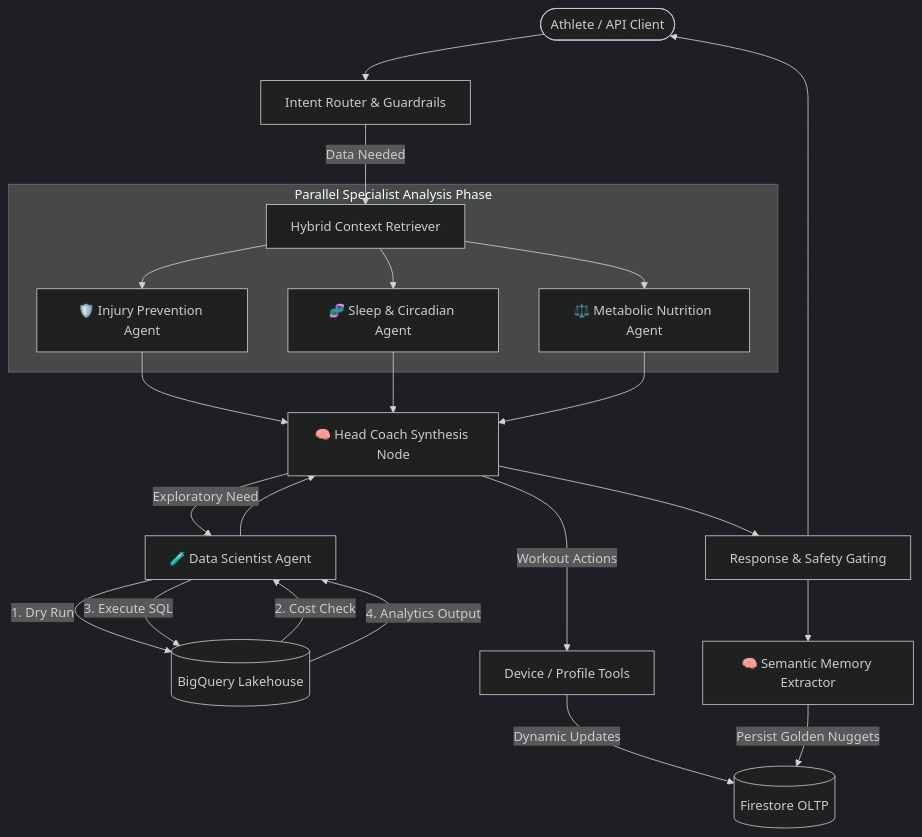
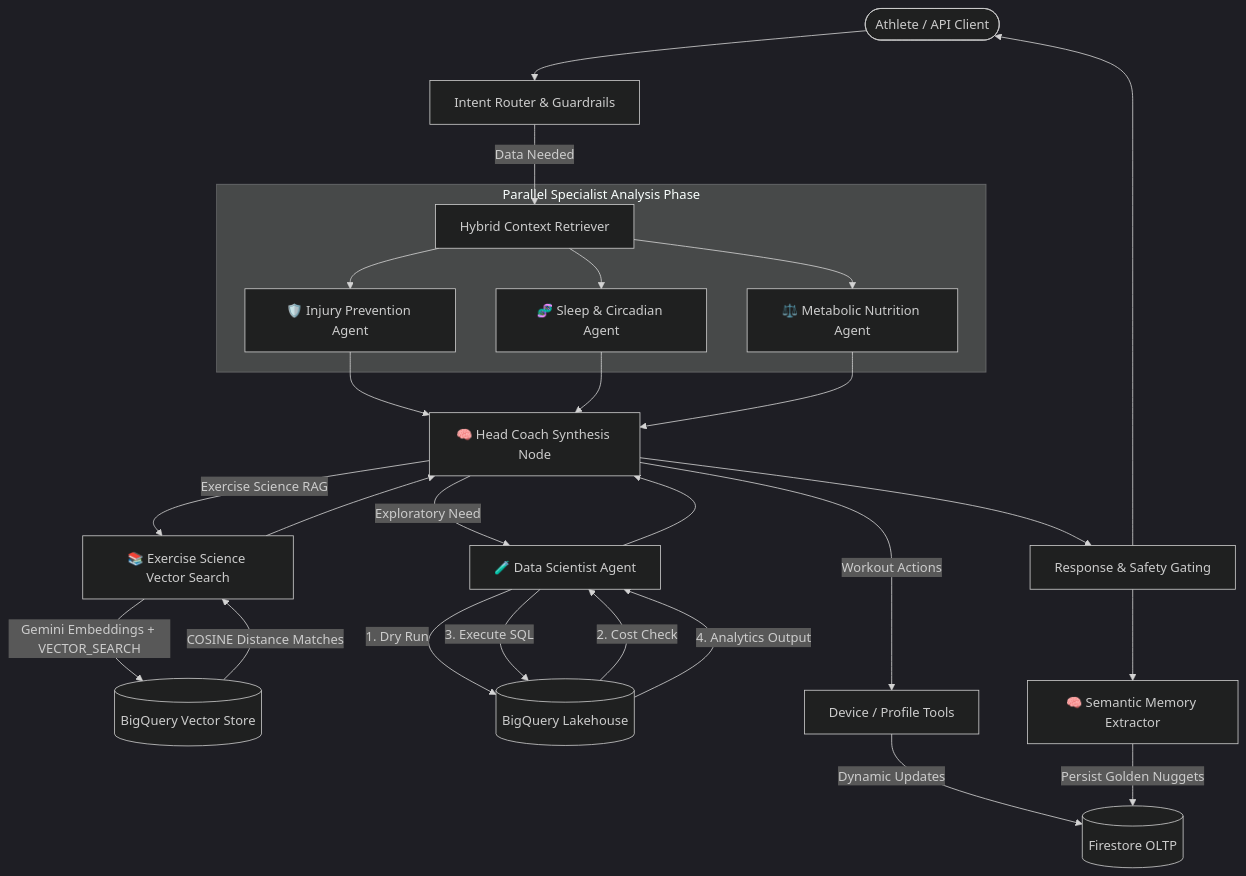
One commit to restrok/biometric-ai-platform changed the diagram in docs/architecture/system-overview.md. Above: the diagram before and after it, drawn with Mermaid (dark theme). The commit also changed other lines of this file and 1 other file, not shown here.

Commit message:
docs: add BigQuery Vector Search and Exercise Science RAG tool to architecture diagrams

````diff
--- a/docs/architecture/system-overview.md
+++ b/docs/architecture/system-overview.md
@@ -13,31 +13,36 @@
 ```mermaid
 graph TD
     User([Athlete / API Client]) --> Router[Intent Router & Guardrails]
     
     Router -- Data Needed --> Retriever[Hybrid Context Retriever]
     
     subgraph Parallel Specialist Analysis Phase
         Retriever --> Injury[🛡️ Injury Prevention Agent]
         Retriever --> Sleep[🧬 Sleep & Circadian Agent]
         Retriever --> Nutrition[⚖️ Metabolic Nutrition Agent]
     end
     
     Injury --> HeadCoach[🧠 Head Coach Synthesis Node]
     Sleep --> HeadCoach
     Nutrition --> HeadCoach
     
+    HeadCoach -- Exercise Science RAG --> RAGTool[📚 Exercise Science Vector Search]
+    RAGTool -- Gemini Embeddings + VECTOR_SEARCH --> BQVec[(BigQuery Vector Store)]
+    BQVec -- COSINE Distance Matches --> RAGTool
+    RAGTool --> HeadCoach
+
     HeadCoach -- Exploratory Need --> DataSci[🧪 Data Scientist Agent]
     DataSci -- 1. Dry Run --> BQ[(BigQuery Lakehouse)]
     BQ -- 2. Cost Check --> DataSci
     DataSci -- 3. Execute SQL --> BQ
     BQ -- 4. Analytics Output --> DataSci
     DataSci --> HeadCoach
     
     HeadCoach -- Workout Actions --> Tools[Device / Profile Tools]
     Tools -- Dynamic Updates --> FS[(Firestore OLTP)]
     
     HeadCoach --> ResponseValidator[Response & Safety Gating]
     ResponseValidator --> MemoryExtractor[🧠 Semantic Memory Extractor]
     MemoryExtractor -- Persist Golden Nuggets --> FS
     ResponseValidator --> User
 ```
````
